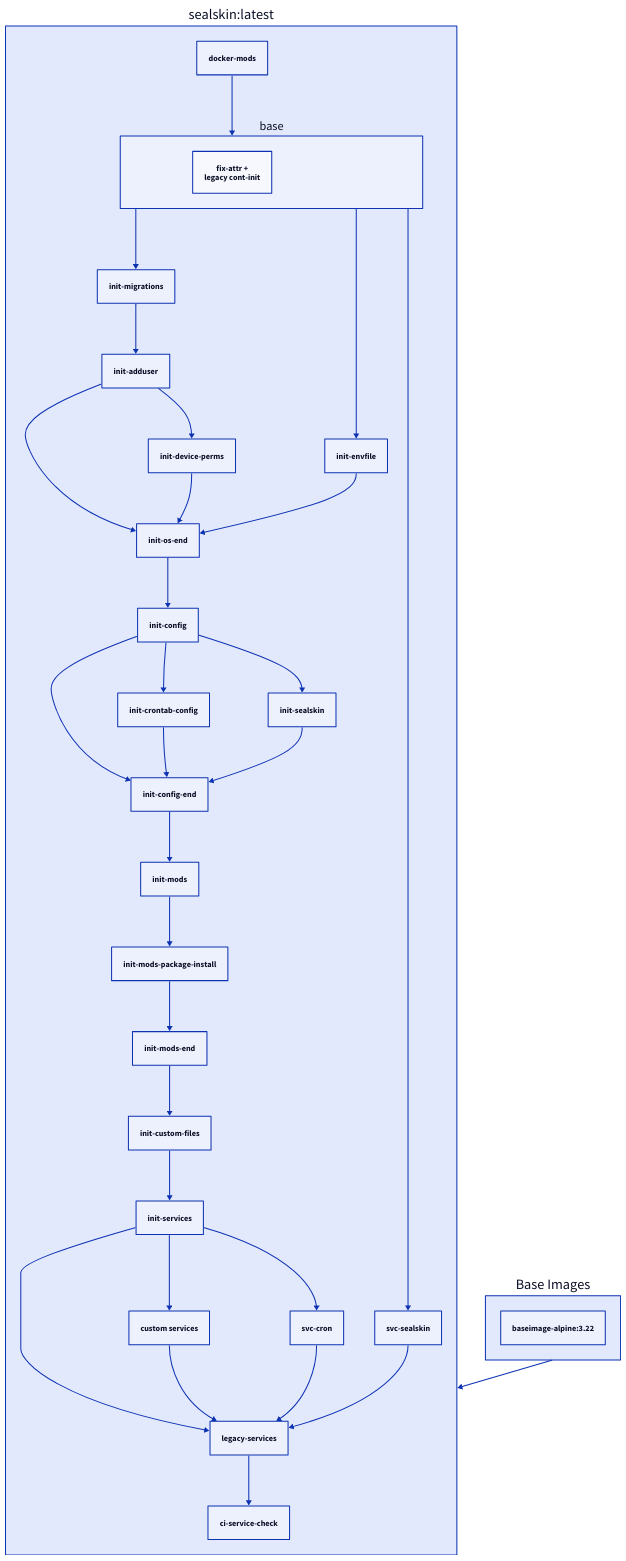
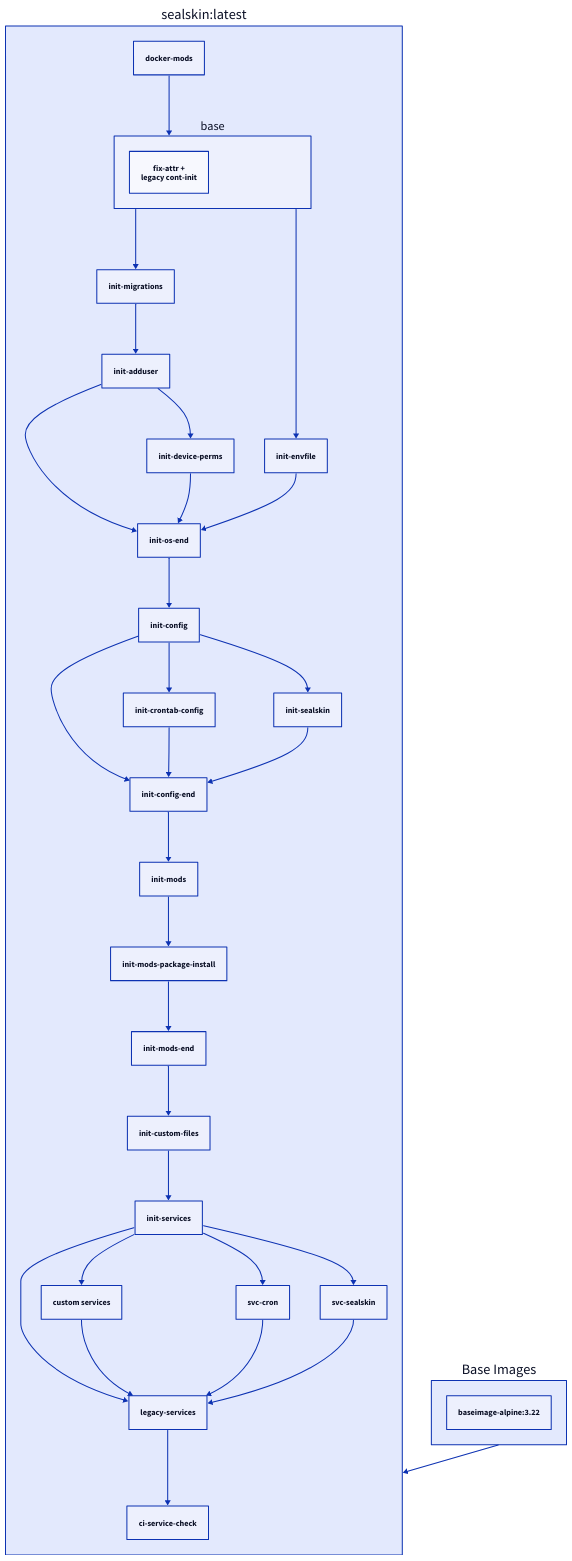
The diagram in docs/images/docker-sealskin.md (linuxserver/docker-documentation), drawn with D2 before and after one commit. The commit also changed other lines of this file, not shown here.

````diff
--- a/docs/images/docker-sealskin.md
+++ b/docs/images/docker-sealskin.md
@@ -344,41 +344,41 @@
     ```d2
     "sealskin:latest": {
       docker-mods
       base {
         fix-attr +\nlegacy cont-init
       }
       docker-mods -> base
       legacy-services
       custom services
       init-services -> legacy-services
       init-services -> custom services
       custom services -> legacy-services
       legacy-services -> ci-service-check
       init-migrations -> init-adduser
       init-os-end -> init-config
       init-config -> init-config-end
       init-crontab-config -> init-config-end
       init-sealskin -> init-config-end
       init-config -> init-crontab-config
       init-mods-end -> init-custom-files
       init-adduser -> init-device-perms
       base -> init-envfile
       base -> init-migrations
       init-config-end -> init-mods
       init-mods-package-install -> init-mods-end
       init-mods -> init-mods-package-install
       init-adduser -> init-os-end
       init-device-perms -> init-os-end
       init-envfile -> init-os-end
       init-config -> init-sealskin
       init-custom-files -> init-services
       init-services -> svc-cron
       svc-cron -> legacy-services
-      base -> svc-sealskin
+      init-services -> svc-sealskin
       svc-sealskin -> legacy-services
     }
     Base Images: {
       "baseimage-alpine:3.22"
     }
     "sealskin:latest" <- Base Images
     ```
````
